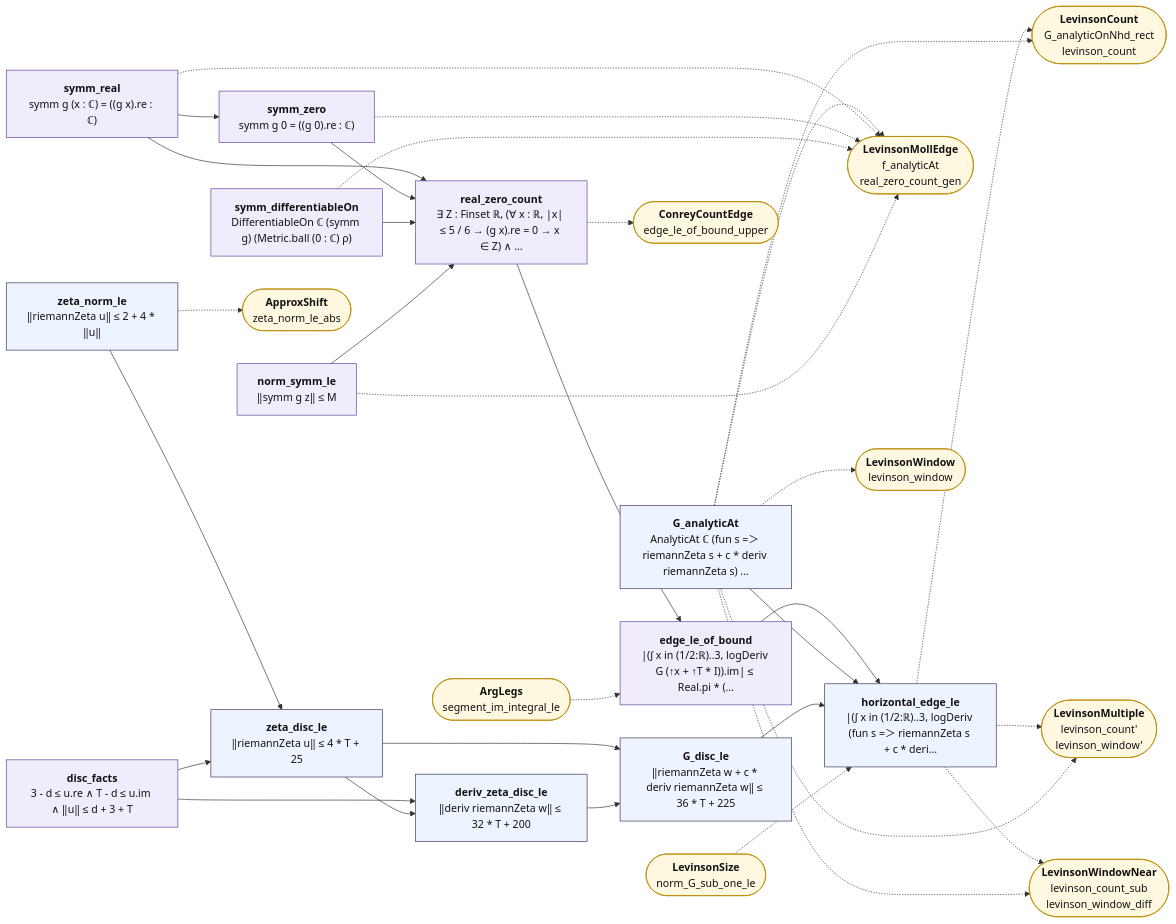
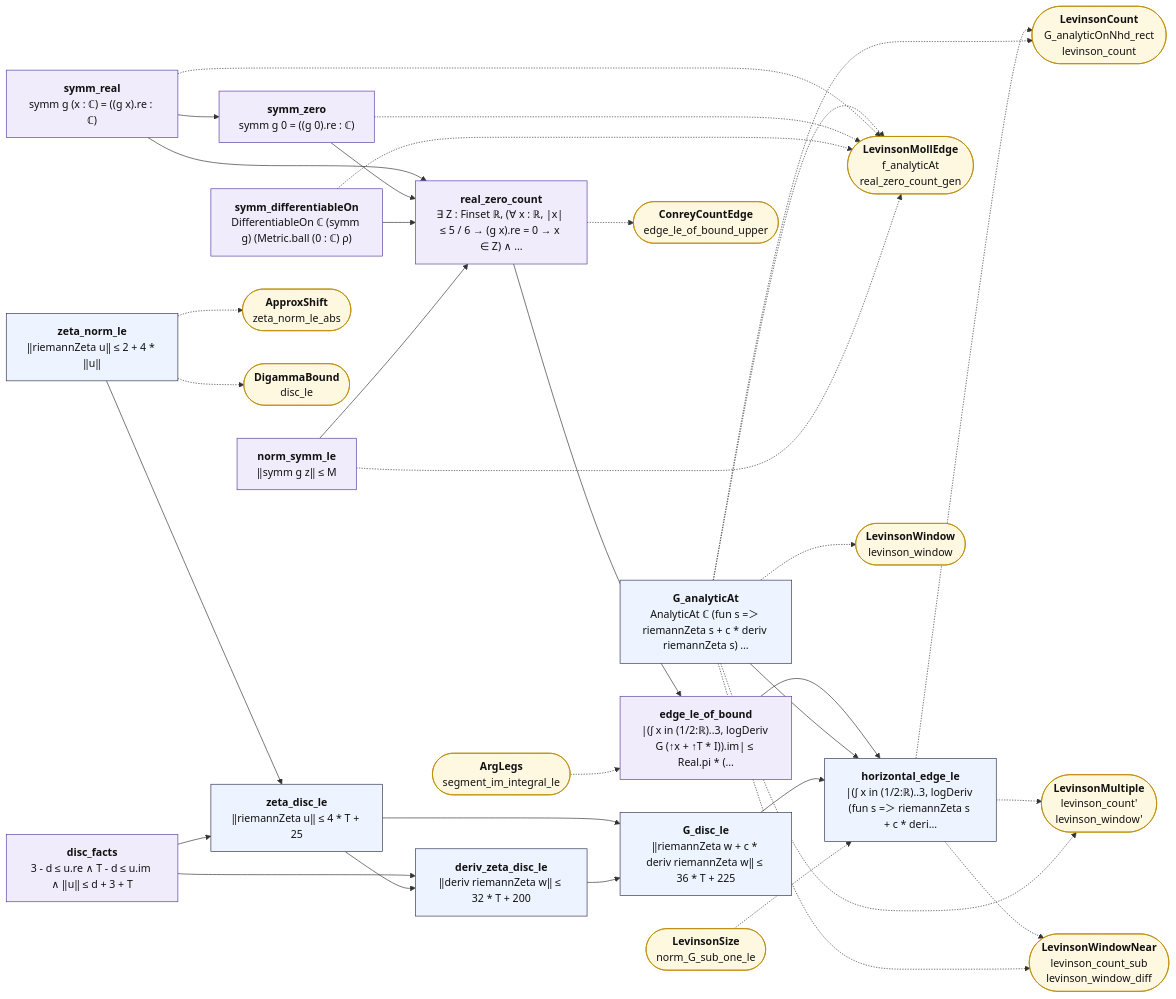
The diagram in map/lean_stage3/LevinsonEdge.mmd (juliansambranojr/Primebeat_081426), drawn with Mermaid before and after one commit. The commit also changed 28 other files, not shown here.

```diff
--- a/map/lean_stage3/LevinsonEdge.mmd
+++ b/map/lean_stage3/LevinsonEdge.mmd
@@ -1,62 +1,64 @@
 flowchart LR
   n0["<b>zeta_norm_le</b><br/>‖riemannZeta u‖ ≤ 2 + 4 * ‖u‖"]:::thm
   n1["<b>disc_facts</b><br/>3 - d ≤ u.re ∧ T - d ≤ u.im ∧ ‖u‖ ≤ d + 3 + T"]:::shp
   n2["<b>zeta_disc_le</b><br/>‖riemannZeta u‖ ≤ 4 * T + 25"]:::thm
   n3["<b>deriv_zeta_disc_le</b><br/>‖deriv riemannZeta w‖ ≤ 32 * T + 200"]:::thm
   n4["<b>G_analyticAt</b><br/>AnalyticAt ℂ (fun s =＞ riemannZeta s + c * deriv riemannZeta s) …"]:::thm
   n5["<b>G_disc_le</b><br/>‖riemannZeta w + c * deriv riemannZeta w‖ ≤ 36 * T + 225"]:::thm
   n6["<b>symm_real</b><br/>symm g (x : ℂ) = ((g x).re : ℂ)"]:::shp
   n7["<b>symm_zero</b><br/>symm g 0 = ((g 0).re : ℂ)"]:::shp
   n8["<b>symm_differentiableOn</b><br/>DifferentiableOn ℂ (symm g) (Metric.ball (0 : ℂ) ρ)"]:::shp
   n9["<b>norm_symm_le</b><br/>‖symm g z‖ ≤ M"]:::shp
   n10["<b>real_zero_count</b><br/>∃ Z : Finset ℝ, (∀ x : ℝ, |x| ≤ 5 / 6 → (g x).re = 0 → x ∈ Z) ∧ …"]:::shp
   n11["<b>edge_le_of_bound</b><br/>|(∫ x in (1/2:ℝ)..3, logDeriv G (↑x + ↑T * I)).im| ≤ Real.pi * (…"]:::shp
   n12["<b>horizontal_edge_le</b><br/>|(∫ x in (1/2:ℝ)..3, logDeriv (fun s =＞ riemannZeta s + c * deri…"]:::thm
   x0(["<b>ApproxShift</b><br/>zeta_norm_le_abs"]):::ext
-  x1(["<b>LevinsonCount</b><br/>G_analyticOnNhd_rect<br/>levinson_count"]):::ext
-  x2(["<b>LevinsonMollEdge</b><br/>f_analyticAt<br/>real_zero_count_gen"]):::ext
-  x3(["<b>LevinsonMultiple</b><br/>levinson_count'<br/>levinson_window'"]):::ext
-  x4(["<b>LevinsonWindow</b><br/>levinson_window"]):::ext
-  x5(["<b>LevinsonWindowNear</b><br/>levinson_count_sub<br/>levinson_window_diff"]):::ext
-  x6(["<b>ConreyCountEdge</b><br/>edge_le_of_bound_upper"]):::ext
-  x7(["<b>ArgLegs</b><br/>segment_im_integral_le"]):::ext
-  x8(["<b>LevinsonSize</b><br/>norm_G_sub_one_le"]):::ext
+  x1(["<b>DigammaBound</b><br/>disc_le"]):::ext
+  x2(["<b>LevinsonCount</b><br/>G_analyticOnNhd_rect<br/>levinson_count"]):::ext
+  x3(["<b>LevinsonMollEdge</b><br/>f_analyticAt<br/>real_zero_count_gen"]):::ext
+  x4(["<b>LevinsonMultiple</b><br/>levinson_count'<br/>levinson_window'"]):::ext
+  x5(["<b>LevinsonWindow</b><br/>levinson_window"]):::ext
+  x6(["<b>LevinsonWindowNear</b><br/>levinson_count_sub<br/>levinson_window_diff"]):::ext
+  x7(["<b>ConreyCountEdge</b><br/>edge_le_of_bound_upper"]):::ext
+  x8(["<b>ArgLegs</b><br/>segment_im_integral_le"]):::ext
+  x9(["<b>LevinsonSize</b><br/>norm_G_sub_one_le"]):::ext
   n0 --> n2
   n1 --> n2
   n1 --> n3
   n10 --> n11
   n11 --> n12
   n2 --> n3
   n2 --> n5
   n3 --> n5
   n4 --> n12
   n5 --> n12
   n6 --> n10
   n6 --> n7
   n7 --> n10
   n8 --> n10
   n9 --> n10
   n0 -.-> x0
-  n10 -.-> x6
-  n12 -.-> x1
-  n12 -.-> x3
-  n12 -.-> x5
-  n4 -.-> x1
+  n0 -.-> x1
+  n10 -.-> x7
+  n12 -.-> x2
+  n12 -.-> x4
+  n12 -.-> x6
   n4 -.-> x2
   n4 -.-> x3
   n4 -.-> x4
   n4 -.-> x5
-  n6 -.-> x2
-  n7 -.-> x2
-  n8 -.-> x2
-  n9 -.-> x2
-  x7 -.-> n11
-  x8 -.-> n12
+  n4 -.-> x6
+  n6 -.-> x3
+  n7 -.-> x3
+  n8 -.-> x3
+  n9 -.-> x3
+  x8 -.-> n11
+  x9 -.-> n12
   classDef cnt fill:#dff5ec,stroke:#17694a,color:#111
   classDef shp fill:#f1ecfb,stroke:#5b3fa0,color:#111
   classDef rh fill:#ffe5e5,stroke:#c22,color:#111,stroke-width:2px
   classDef thm fill:#eef4ff,stroke:#335,color:#111
   classDef end_ fill:#e7f7e7,stroke:#2a7,color:#111,stroke-width:2px
   classDef lone fill:#fff,stroke:#999,color:#111,stroke-dasharray:4 3
   classDef bad fill:#ffe5e5,stroke:#c22,color:#111,stroke-width:2px
   classDef ext fill:#fff8e1,stroke:#b80,color:#111
```
